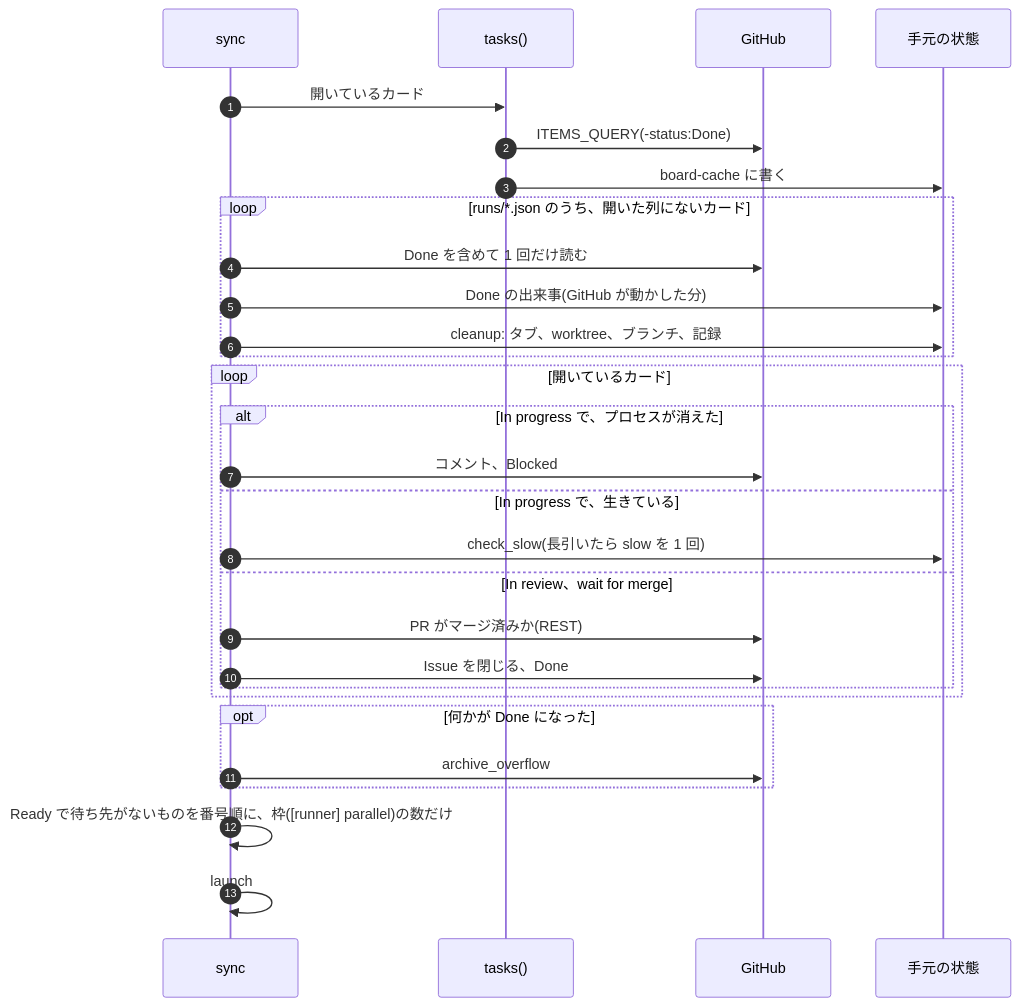
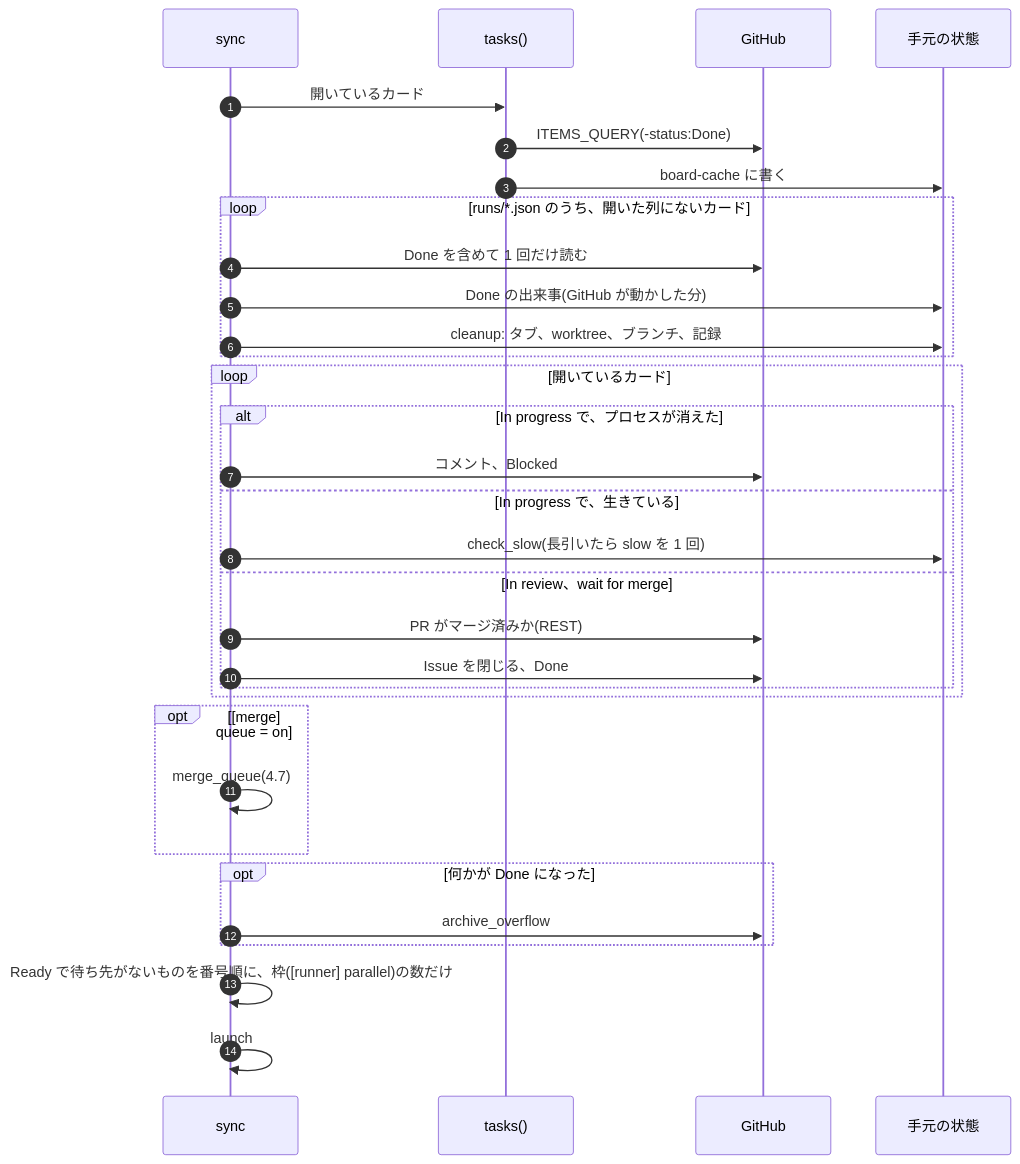
Before and after one commit to jyoka/task-hub: the fourth of 9 diagrams in docs/architecture/lld.md, drawn with Mermaid. The commit also changed other lines of this file and 11 other files, not shown here.

Commit message:
task 16: Merge pipeline (1/4): merge queue with auto conflict fix

````diff
--- a/docs/architecture/lld.md
+++ b/docs/architecture/lld.md
@@ -160,31 +168,34 @@
 ```mermaid
 sequenceDiagram
     autonumber
     participant S as sync
     participant B as tasks()
     participant GH as GitHub
     participant L as 手元の状態
     S->>B: 開いているカード
     B->>GH: ITEMS_QUERY(-status:Done)
     B->>L: board-cache に書く
     loop runs/*.json のうち、開いた列にないカード
         S->>GH: Done を含めて 1 回だけ読む
         S->>L: Done の出来事(GitHub が動かした分)
         S->>L: cleanup: タブ、worktree、ブランチ、記録
     end
     loop 開いているカード
         alt In progress で、プロセスが消えた
             S->>GH: コメント、Blocked
         else In progress で、生きている
             S->>L: check_slow(長引いたら slow を 1 回)
         else In review、wait for merge
             S->>GH: PR がマージ済みか(REST)
             S->>GH: Issue を閉じる、Done
         end
     end
+    opt [merge] queue = on
+        S->>S: merge_queue(4.7)
+    end
     opt 何かが Done になった
         S->>GH: archive_overflow
     end
     S->>S: Ready で待ち先がないものを番号順に、枠([runner] parallel)の数だけ
     S->>S: launch
 ```
````
